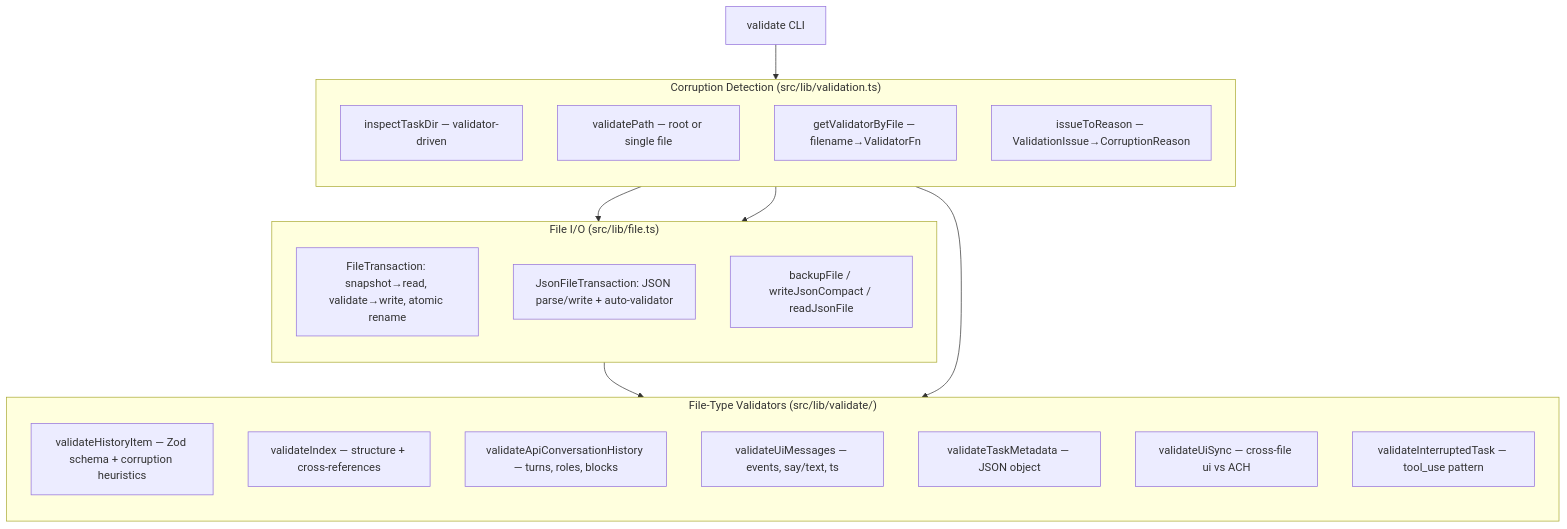
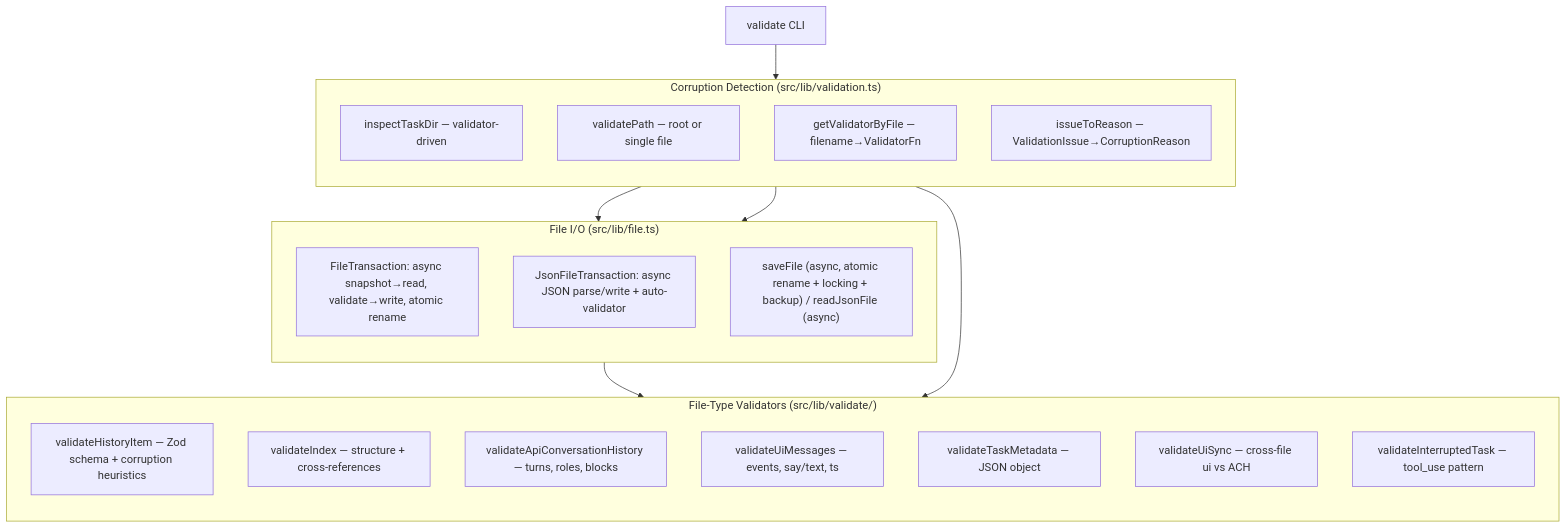
The first of 12 diagrams in README.md (metaworx/zoo-code-history-repair), drawn with Mermaid before and after one commit. The commit also changed other lines of this file and 46 other files, not shown here.

````diff
--- a/README.md
+++ b/README.md
@@ -183,34 +183,34 @@
 ```mermaid
 flowchart TB
     subgraph Validators["File-Type Validators (src/lib/validate/)"]
         direction TB
         V1["validateHistoryItem — Zod schema + corruption heuristics"]
         V2["validateIndex — structure + cross-references"]
         V3["validateApiConversationHistory — turns, roles, blocks"]
         V4["validateUiMessages — events, say/text, ts"]
         V5["validateTaskMetadata — JSON object"]
         V6["validateUiSync — cross-file ui vs ACH"]
         V7["validateInterruptedTask — tool_use pattern"]
     end
 
     subgraph FileIO["File I/O (src/lib/file.ts)"]
         direction TB
-        F1["FileTransaction: snapshot→read, validate→write, atomic rename"]
-        F2["JsonFileTransaction: JSON parse/write + auto-validator"]
-        F3["backupFile / writeJsonCompact / readJsonFile"]
+        F1["FileTransaction: async snapshot→read, validate→write, atomic rename"]
+        F2["JsonFileTransaction: async JSON parse/write + auto-validator"]
+        F3["saveFile (async, atomic rename + locking + backup) / readJsonFile (async)"]
     end
 
     subgraph Detection["Corruption Detection (src/lib/validation.ts)"]
         direction TB
         D1["inspectTaskDir — validator-driven"]
         D2["validatePath — root or single file"]
         D3["getValidatorByFile — filename→ValidatorFn"]
         D4["issueToReason — ValidationIssue→CorruptionReason"]
     end
 
     DetCmd["validate CLI"] --> D2
     D2 --> FileIO
     FileIO --> Validators
     D1 --> FileIO
     D1 --> Validators
 ```
````
